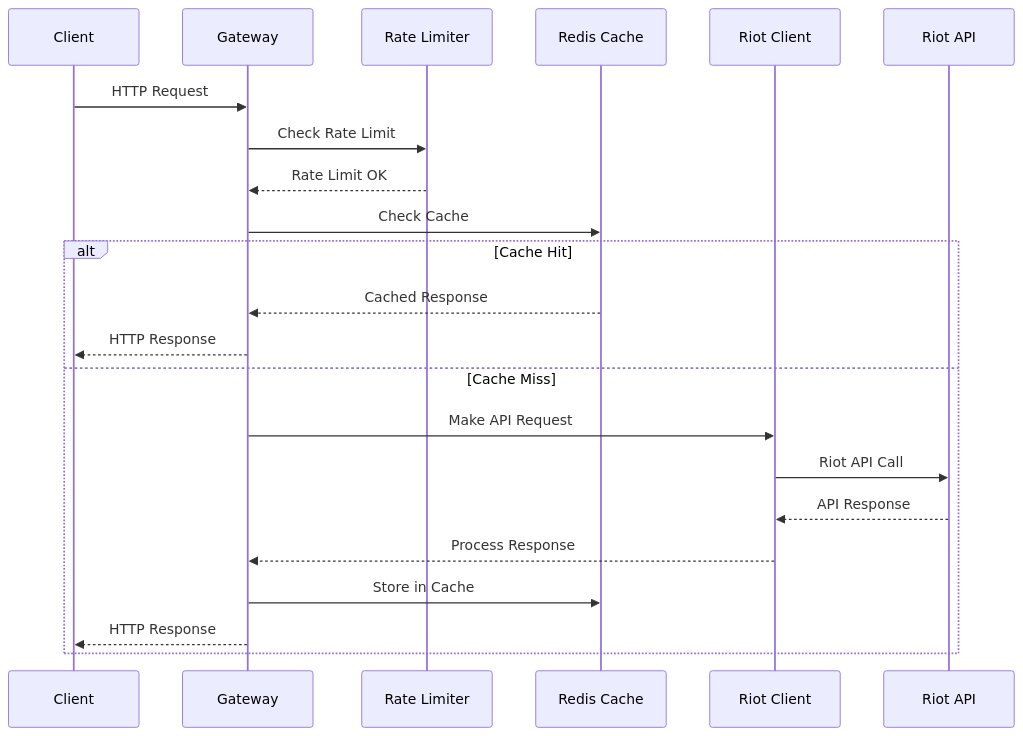
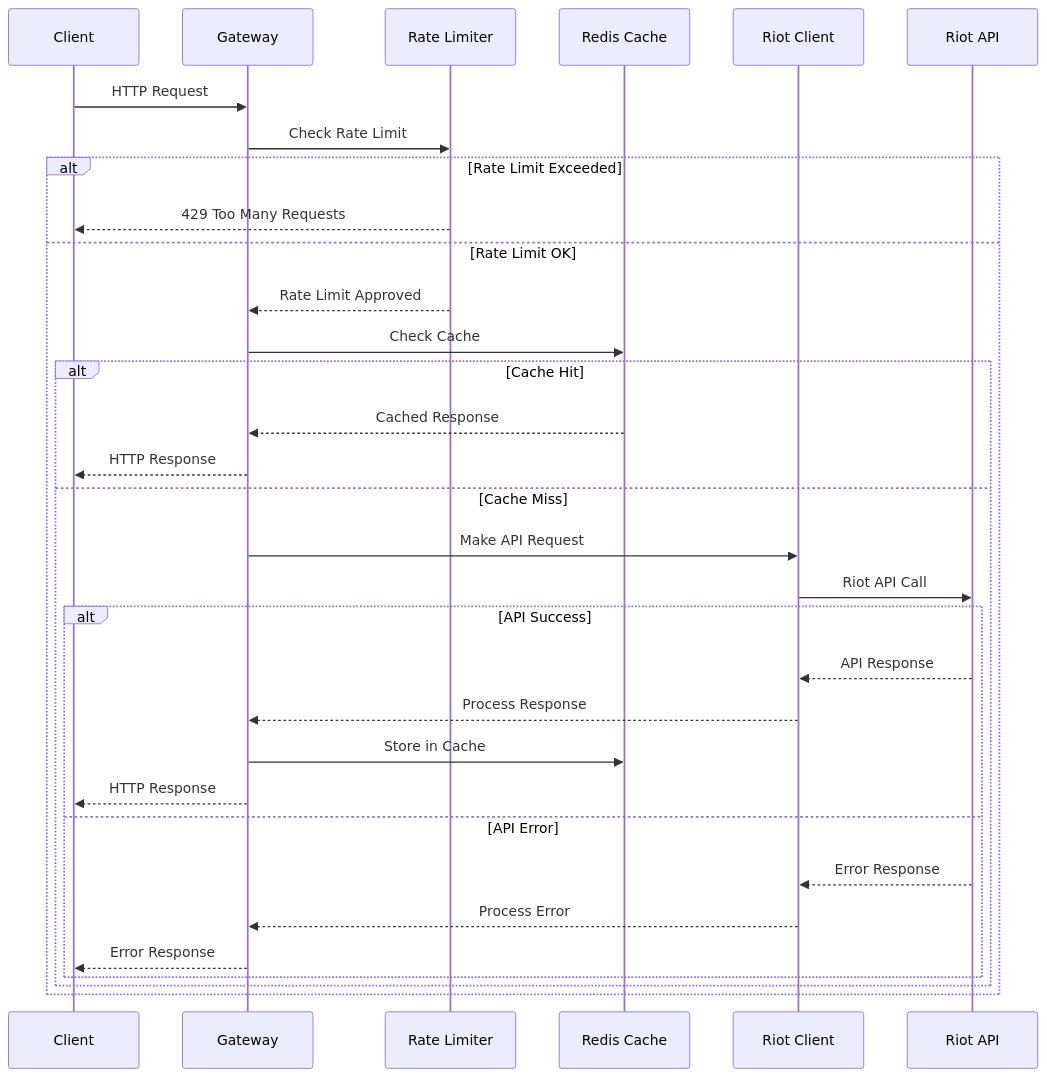
Before and after one commit to OneStepAt4time/lolstonks-api-gateway: the fourth of 6 diagrams in docs/architecture/overview.md, drawn with Mermaid. The commit also changed other lines of this file, not shown here.

First line of the commit message:
Fix architecture flowchart bugs in documentation

````diff
--- a/docs/architecture/overview.md
+++ b/docs/architecture/overview.md
@@ -195,25 +203,35 @@
 ```mermaid
 sequenceDiagram
     participant C as Client
     participant G as Gateway
     participant RL as Rate Limiter
     participant Cache as Redis Cache
     participant RC as Riot Client
     participant R as Riot API
 
     C->>G: HTTP Request
     G->>RL: Check Rate Limit
-    RL-->>G: Rate Limit OK
-    G->>Cache: Check Cache
-    alt Cache Hit
-        Cache-->>G: Cached Response
-        G-->>C: HTTP Response
-    else Cache Miss
-        G->>RC: Make API Request
-        RC->>R: Riot API Call
-        R-->>RC: API Response
-        RC-->>G: Process Response
-        G->>Cache: Store in Cache
-        G-->>C: HTTP Response
+    alt Rate Limit Exceeded
+        RL-->>C: 429 Too Many Requests
+    else Rate Limit OK
+        RL-->>G: Rate Limit Approved
+        G->>Cache: Check Cache
+        alt Cache Hit
+            Cache-->>G: Cached Response
+            G-->>C: HTTP Response
+        else Cache Miss
+            G->>RC: Make API Request
+            RC->>R: Riot API Call
+            alt API Success
+                R-->>RC: API Response
+                RC-->>G: Process Response
+                G->>Cache: Store in Cache
+                G-->>C: HTTP Response
+            else API Error
+                R-->>RC: Error Response
+                RC-->>G: Process Error
+                G-->>C: Error Response
+            end
+        end
     end
 ```
````
